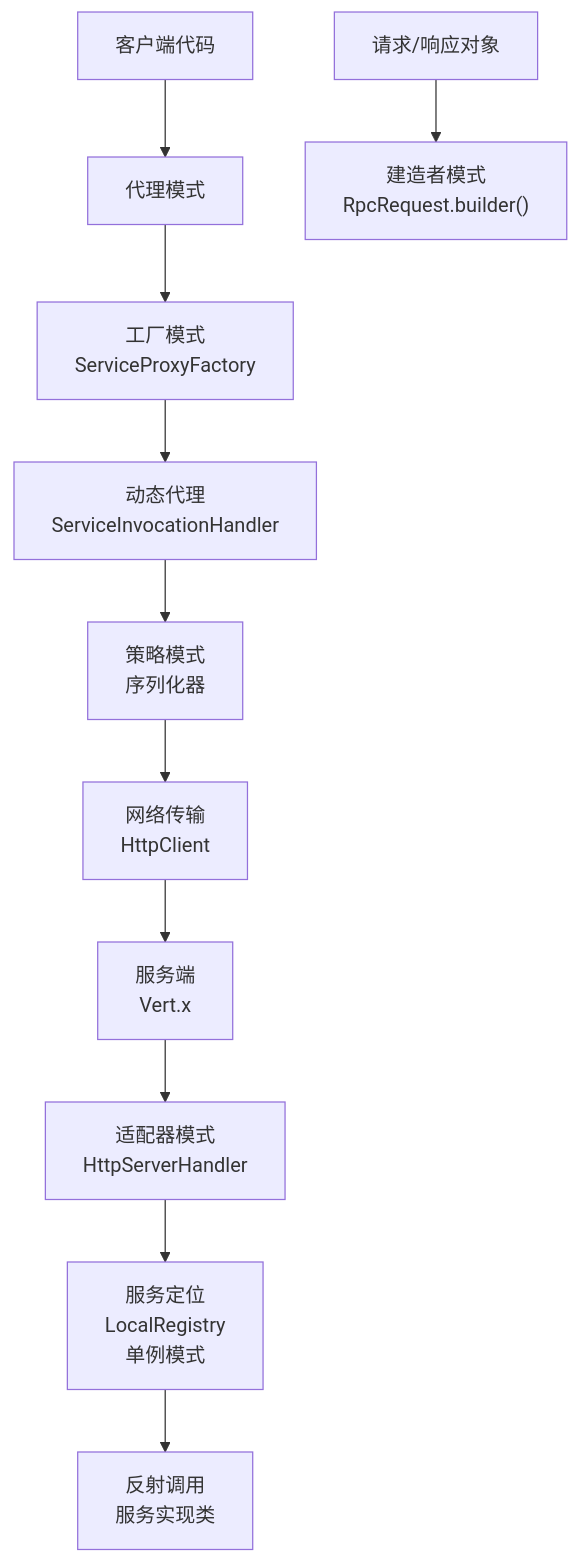
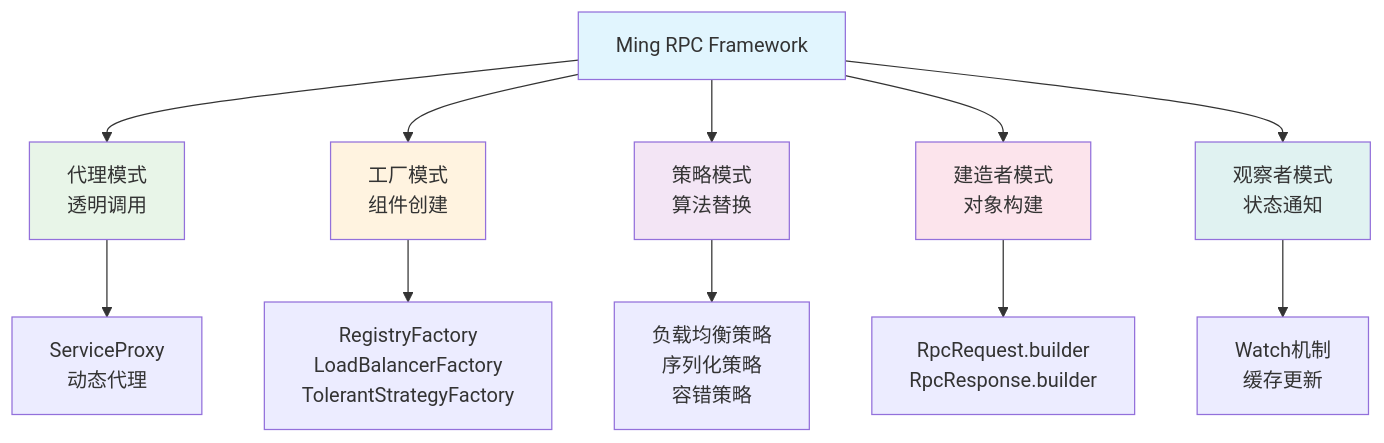
The second of 2 diagrams in doc/设计模式应用.md (2042159221/learn-RPC), drawn with Mermaid before and after one commit. The commit also changed other lines of this file and 30 other files, not shown here.

````diff
--- a/doc/设计模式应用.md
+++ b/doc/设计模式应用.md
@@ -304,14 +737,21 @@
 ```mermaid
 graph TD
-    A[客户端代码] --> B[代理模式]
-    B --> C[工厂模式<br/>ServiceProxyFactory]
-    C --> D[动态代理<br/>ServiceInvocationHandler]
-    D --> E[策略模式<br/>序列化器]
-    E --> F[网络传输<br/>HttpClient]
-    F --> G[服务端<br/>Vert.x]
-    G --> H[适配器模式<br/>HttpServerHandler]
-    H --> I[服务定位<br/>LocalRegistry<br/>单例模式]
-    I --> J[反射调用<br/>服务实现类]
-    
-    K[请求/响应对象] --> L["建造者模式<br/>RpcRequest.builder()"]
+    A[Ming RPC Framework] --> B[代理模式<br/>透明调用]
+    A --> C[工厂模式<br/>组件创建]
+    A --> D[策略模式<br/>算法替换]
+    A --> E[建造者模式<br/>对象构建]
+    A --> F[观察者模式<br/>状态通知]
+
+    B --> B1[ServiceProxy<br/>动态代理]
+    C --> C1[RegistryFactory<br/>LoadBalancerFactory<br/>TolerantStrategyFactory]
+    D --> D1[负载均衡策略<br/>序列化策略<br/>容错策略]
+    E --> E1[RpcRequest.builder<br/>RpcResponse.builder]
+    F --> F1[Watch机制<br/>缓存更新]
+
+    style A fill:#e1f5fe
+    style B fill:#e8f5e8
+    style C fill:#fff3e0
+    style D fill:#f3e5f5
+    style E fill:#fce4ec
+    style F fill:#e0f2f1
 ```
````
